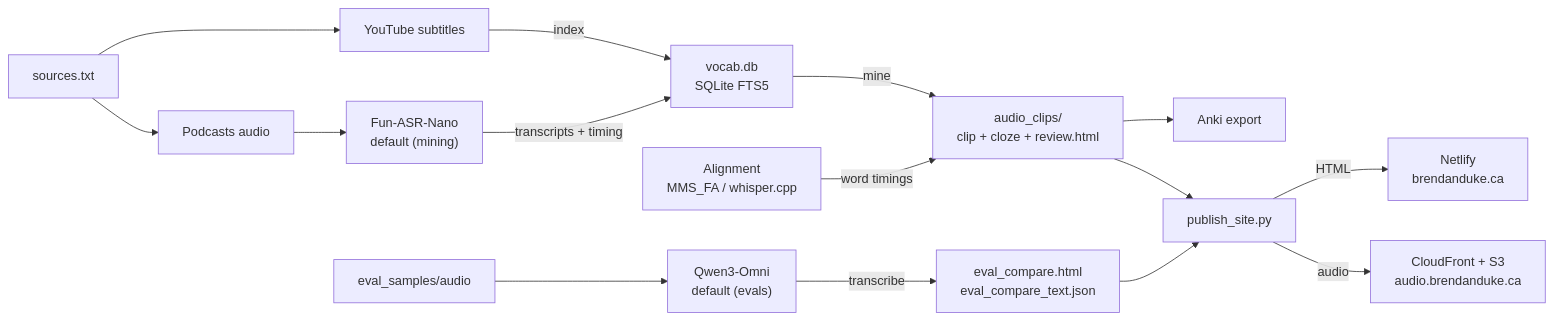
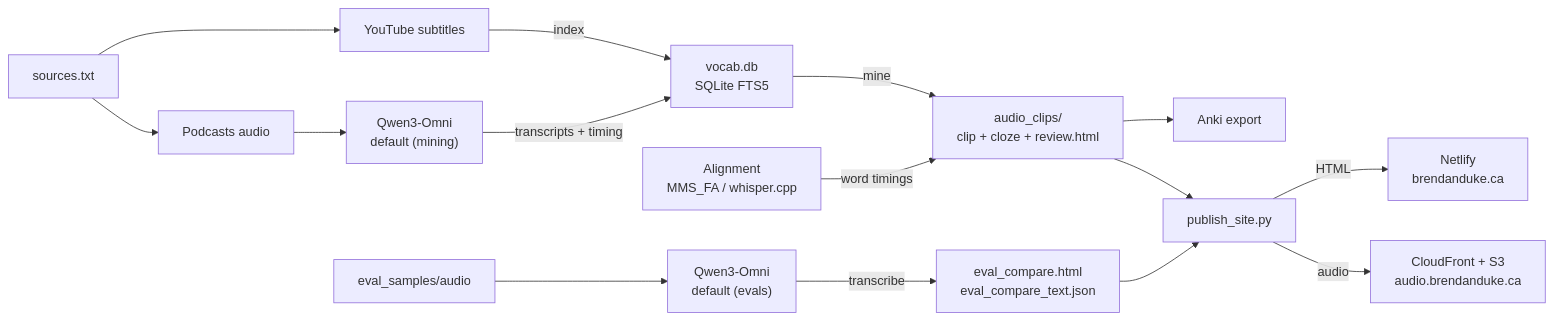
One commit to dukebw/audio-cloze changed the diagram in README.md. Above: the diagram before and after it, drawn with Mermaid. The commit also changed 3 other files, not shown here.

Commit message:
feat: make Qwen3-Omni default for mining

````diff
--- a/README.md
+++ b/README.md
@@ -9,31 +9,31 @@
 ```mermaid
 flowchart LR
   Sources["sources.txt"]
   YT["YouTube subtitles"]
   Pod["Podcasts audio"]
-  ASRIndex["Fun-ASR-Nano<br/>default (mining)"]
+  ASRIndex["Qwen3-Omni<br/>default (mining)"]
   DB["vocab.db<br/>SQLite FTS5"]
   Align["Alignment<br/>MMS_FA / whisper.cpp"]
   Clips["audio_clips/<br/>clip + cloze + review.html"]
   Export["Anki export"]
 
   EvalAudio["eval_samples/audio"]
   EvalASR["Qwen3-Omni<br/>default (evals)"]
   EvalReport["eval_compare.html<br/>eval_compare_text.json"]
 
   Publish["publish_site.py"]
   Site["Netlify<br/>brendanduke.ca"]
   CDN["CloudFront + S3<br/>audio.brendanduke.ca"]
 
   Sources --> YT
   Sources --> Pod
   YT -->|index| DB
   Pod --> ASRIndex -->|transcripts + timing| DB
   DB -->|mine| Clips --> Export
   Align -->|word timings| Clips
   EvalAudio --> EvalASR -->|transcribe| EvalReport
   Clips --> Publish
   EvalReport --> Publish
   Publish -->|HTML| Site
   Publish -->|audio| CDN
 ```
````
